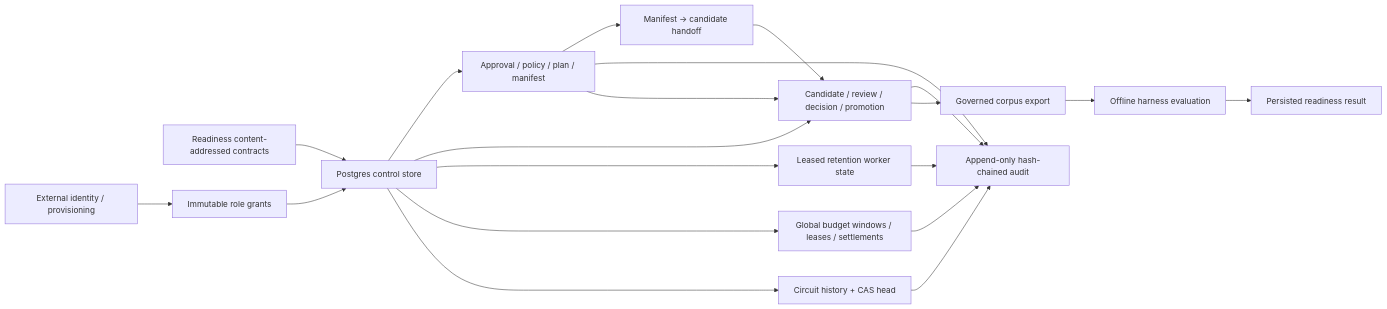
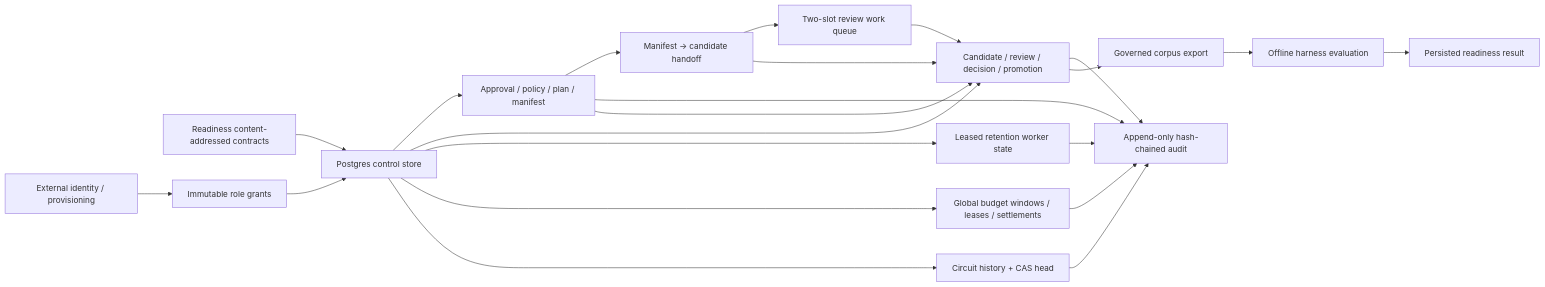
The diagram in docs/evm-chain-analysis-control-store.md (spencer17x/xxyy-ask), drawn with Mermaid before and after one commit. The commit also changed other lines of this file and 25 other files, not shown here.

Commit message:
feat: add independent review work queue

````diff
--- a/docs/evm-chain-analysis-control-store.md
+++ b/docs/evm-chain-analysis-control-store.md
@@ -19,22 +19,24 @@
 ```mermaid
 flowchart LR
   Contract["Readiness content-addressed contracts"] --> Store["Postgres control store"]
   Identity["External identity / provisioning"] --> Grant["Immutable role grants"]
   Grant --> Store
   Store --> Sampling["Approval / policy / plan / manifest"]
   Sampling --> Handoff["Manifest → candidate handoff"]
+  Handoff --> ReviewQueue["Two-slot review work queue"]
   Store --> Governance["Candidate / review / decision / promotion"]
+  ReviewQueue --> Governance
   Handoff --> Governance
   Store --> Retention["Leased retention worker state"]
   Store --> Budget["Global budget windows / leases / settlements"]
   Store --> Circuit["Circuit history + CAS head"]
   Governance --> Audit["Append-only hash-chained audit"]
   Retention --> Audit
   Budget --> Audit
   Circuit --> Audit
   Sampling --> Audit
   Sampling --> Governance
   Governance --> Export["Governed corpus export"]
   Export --> Harness["Offline harness evaluation"]
   Harness --> Attestation["Persisted readiness result"]
 ```
````
